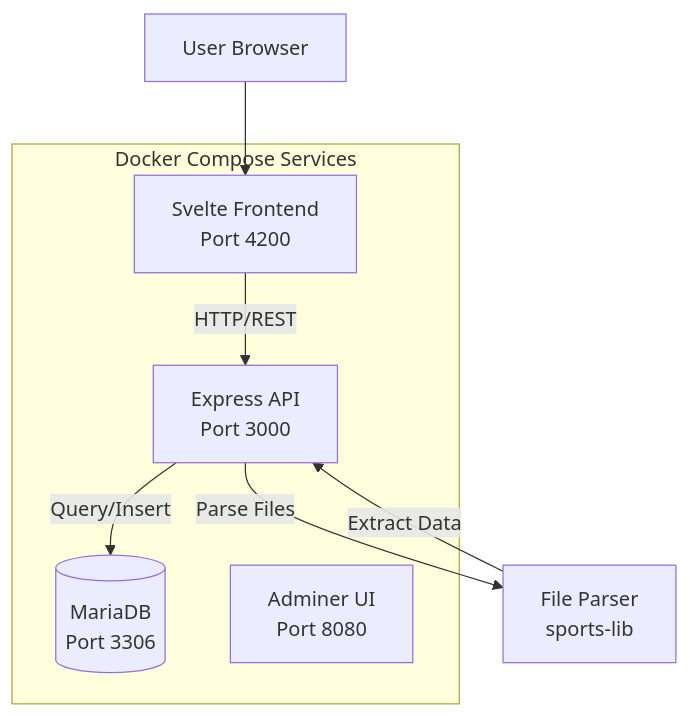
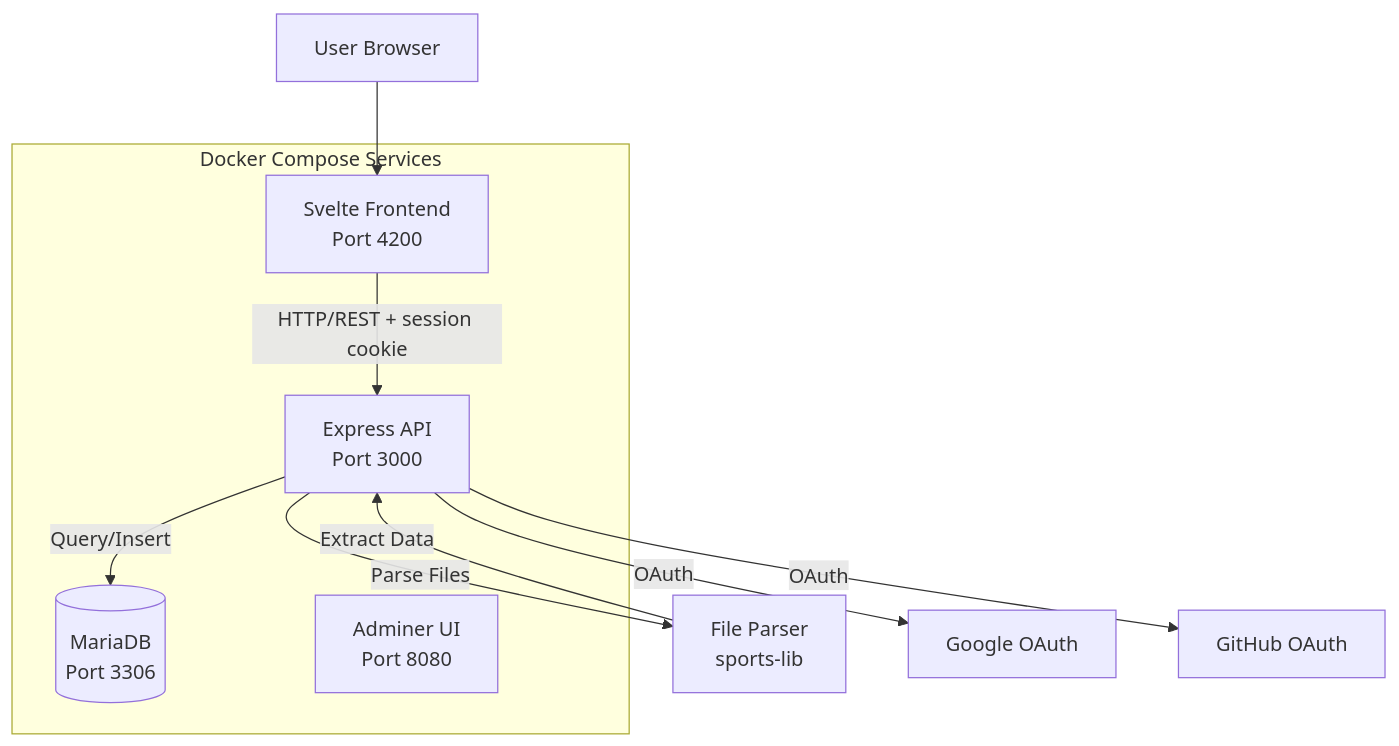
Before and after one commit to luispabon/OpenFitLab: the first of 4 diagrams in docs/ARCHITECTURE.md, drawn with Mermaid. The commit also changed other lines of this file and 3 other files, not shown here.

````diff
--- a/docs/ARCHITECTURE.md
+++ b/docs/ARCHITECTURE.md
@@ -7,15 +7,17 @@
 ```mermaid
 graph TB
     User[User Browser] --> Frontend[Svelte Frontend<br/>Port 4200]
-    Frontend -->|HTTP/REST| API[Express API<br/>Port 3000]
+    Frontend -->|HTTP/REST + session cookie| API[Express API<br/>Port 3000]
     API -->|Parse Files| Parser[File Parser<br/>sports-lib]
     API -->|Query/Insert| DB[(MariaDB<br/>Port 3306)]
+    API -->|OAuth| Google[Google OAuth]
+    API -->|OAuth| GitHub[GitHub OAuth]
     Parser -->|Extract Data| API
     
     subgraph "Docker Compose Services"
         Frontend
         API
         DB
         Adminer[Adminer UI<br/>Port 8080]
     end
 ```
````
